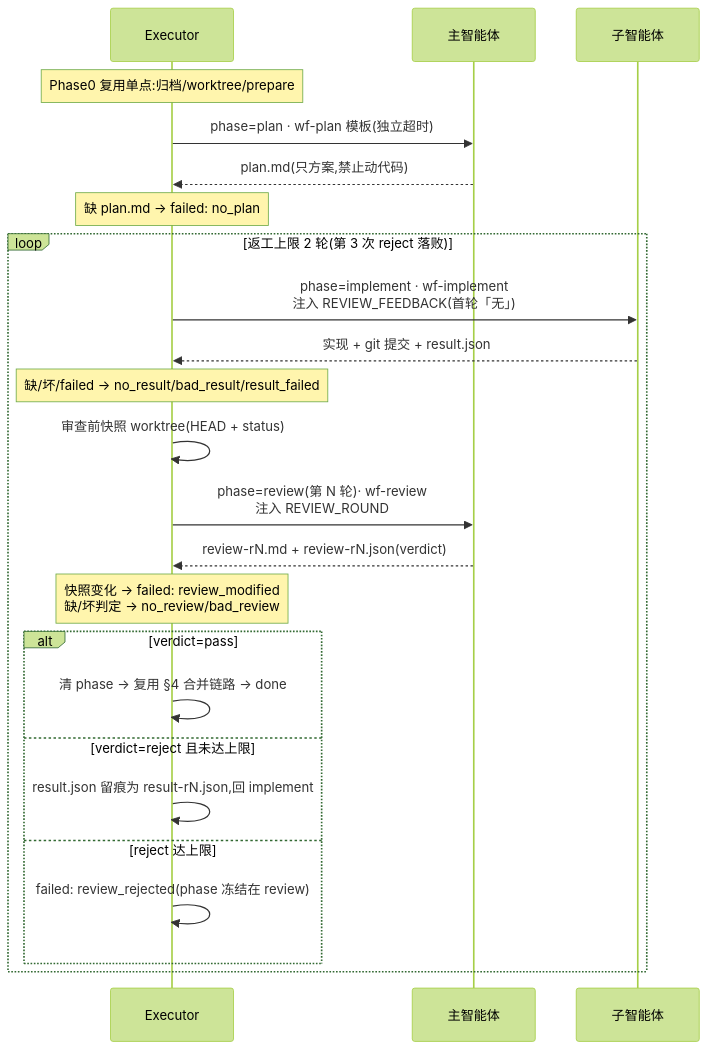
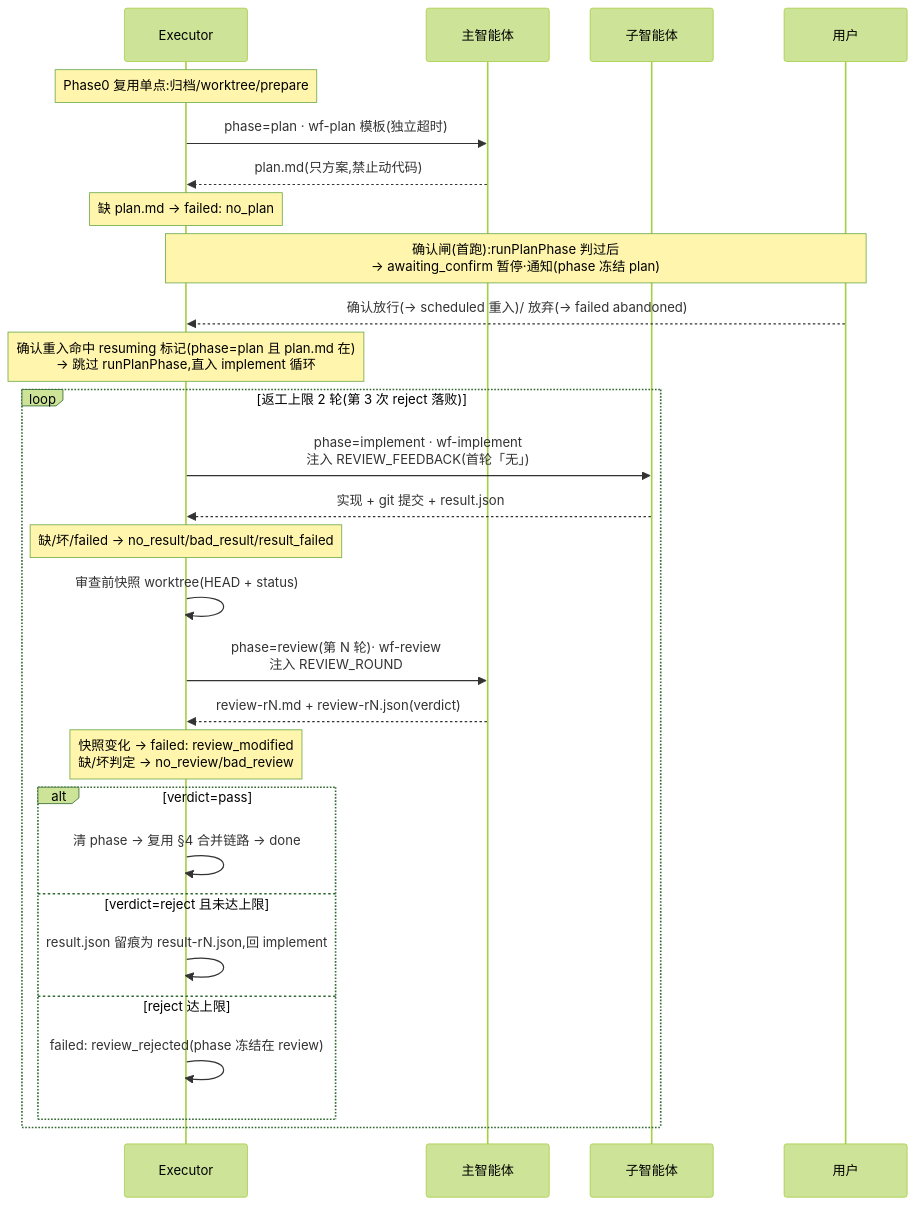
One commit to HackSing/dispatch changed the seventh of 8 diagrams in docs/flows.md. Above: the diagram before and after it, drawn with Mermaid (forest theme). The commit also changed other lines of this file and 61 other files, not shown here.

````diff
--- a/docs/flows.md
+++ b/docs/flows.md
@@ -164,27 +183,31 @@
 ```mermaid
 sequenceDiagram
     participant E as Executor
     participant M as 主智能体
     participant S as 子智能体
+    participant U as 用户
 
     Note over E: Phase0 复用单点:归档/worktree/prepare
     E->>M: phase=plan · wf-plan 模板(独立超时)
     M-->>E: plan.md(只方案,禁止动代码)
     Note over E: 缺 plan.md → failed: no_plan
+    Note over E,U: 确认闸(首跑):runPlanPhase 判过后<br/>→ awaiting_confirm 暂停·通知(phase 冻结 plan)
+    U-->>E: 确认放行(→ scheduled 重入)/ 放弃(→ failed abandoned)
+    Note over E: 确认重入命中 resuming 标记(phase=plan 且 plan.md 在)<br/>→ 跳过 runPlanPhase,直入 implement 循环
     loop 返工上限 2 轮(第 3 次 reject 落败)
         E->>S: phase=implement · wf-implement<br/>注入 REVIEW_FEEDBACK(首轮「无」)
         S-->>E: 实现 + git 提交 + result.json
         Note over E: 缺/坏/failed → no_result/bad_result/result_failed
         E->>E: 审查前快照 worktree(HEAD + status)
         E->>M: phase=review(第 N 轮)· wf-review<br/>注入 REVIEW_ROUND
         M-->>E: review-rN.md + review-rN.json(verdict)
         Note over E: 快照变化 → failed: review_modified<br/>缺/坏判定 → no_review/bad_review
         alt verdict=pass
             E->>E: 清 phase → 复用 §4 合并链路 → done
         else verdict=reject 且未达上限
             E->>E: result.json 留痕为 result-rN.json,回 implement
         else reject 达上限
             E->>E: failed: review_rejected(phase 冻结在 review)
         end
     end
 ```
````
